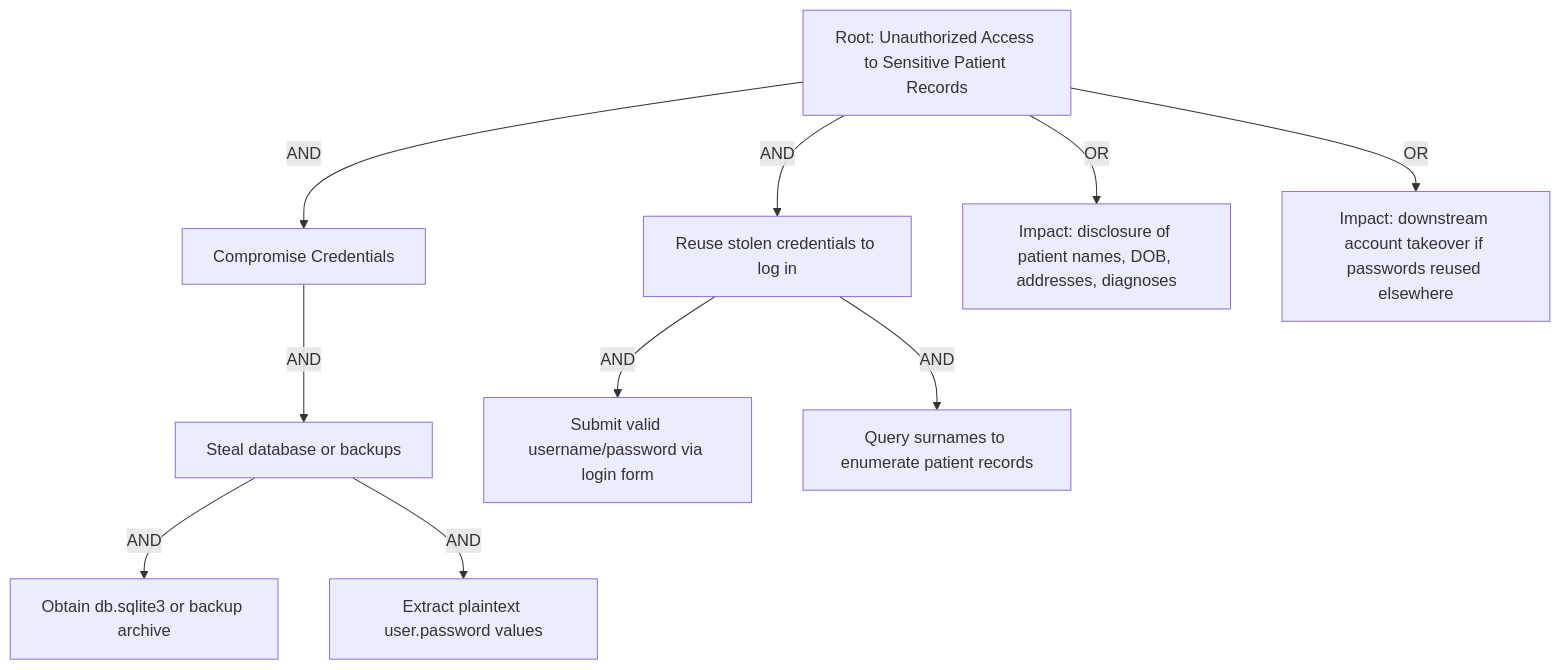
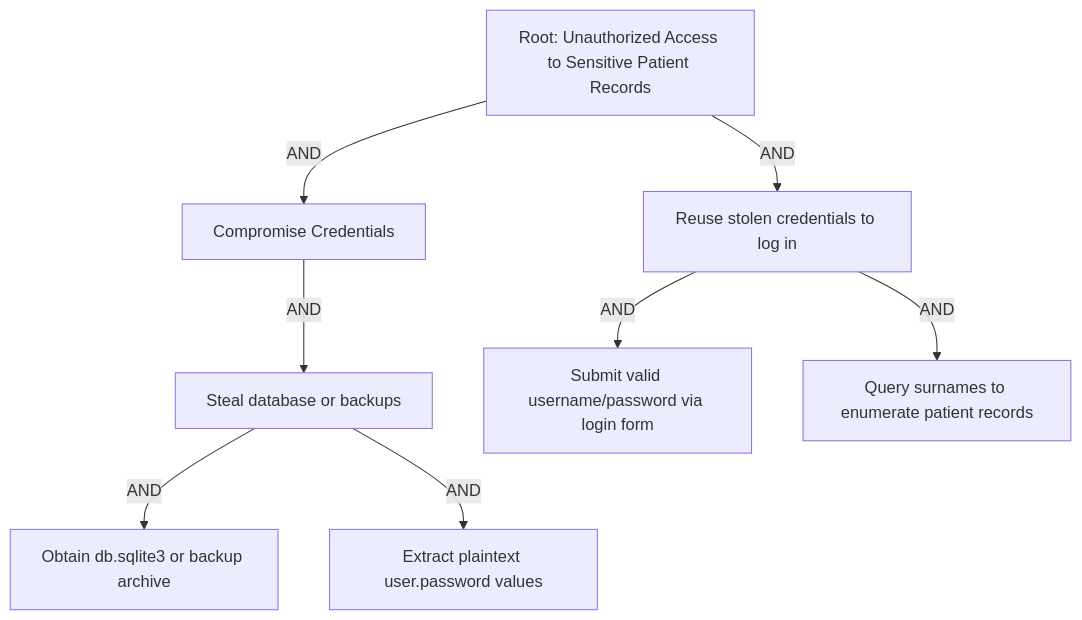
One commit to wwbotww/secure-computing-cw changed the diagram in ATTACK_TREE_PLAINTEXT.md. Above: the diagram before and after it, drawn with Mermaid.

Commit message:
attacktree-pwd

````diff
--- a/ATTACK_TREE_PLAINTEXT.md
+++ b/ATTACK_TREE_PLAINTEXT.md
@@ -3,16 +3,13 @@
 ```mermaid
 graph TD
   R["Root: Unauthorized Access to Sensitive Patient Records"]
 
   R -->|"AND"| C1["Compromise Credentials"]
   C1 -->|"AND"| M1["Steal database or backups"]
   M1 -->|"AND"| S1["Obtain db.sqlite3 or backup archive"]
   M1 -->|"AND"| S2["Extract plaintext user.password values"]
 
   R -->|"AND"| C2["Reuse stolen credentials to log in"]
   C2 -->|"AND"| L1["Submit valid username/password via login form"]
   C2 -->|"AND"| L2["Query surnames to enumerate patient records"]
-
-  R -->|"OR"| IMP1["Impact: disclosure of patient names, DOB, addresses, diagnoses"]
-  R -->|"OR"| IMP2["Impact: downstream account takeover if passwords reused elsewhere"]
 ```
````
